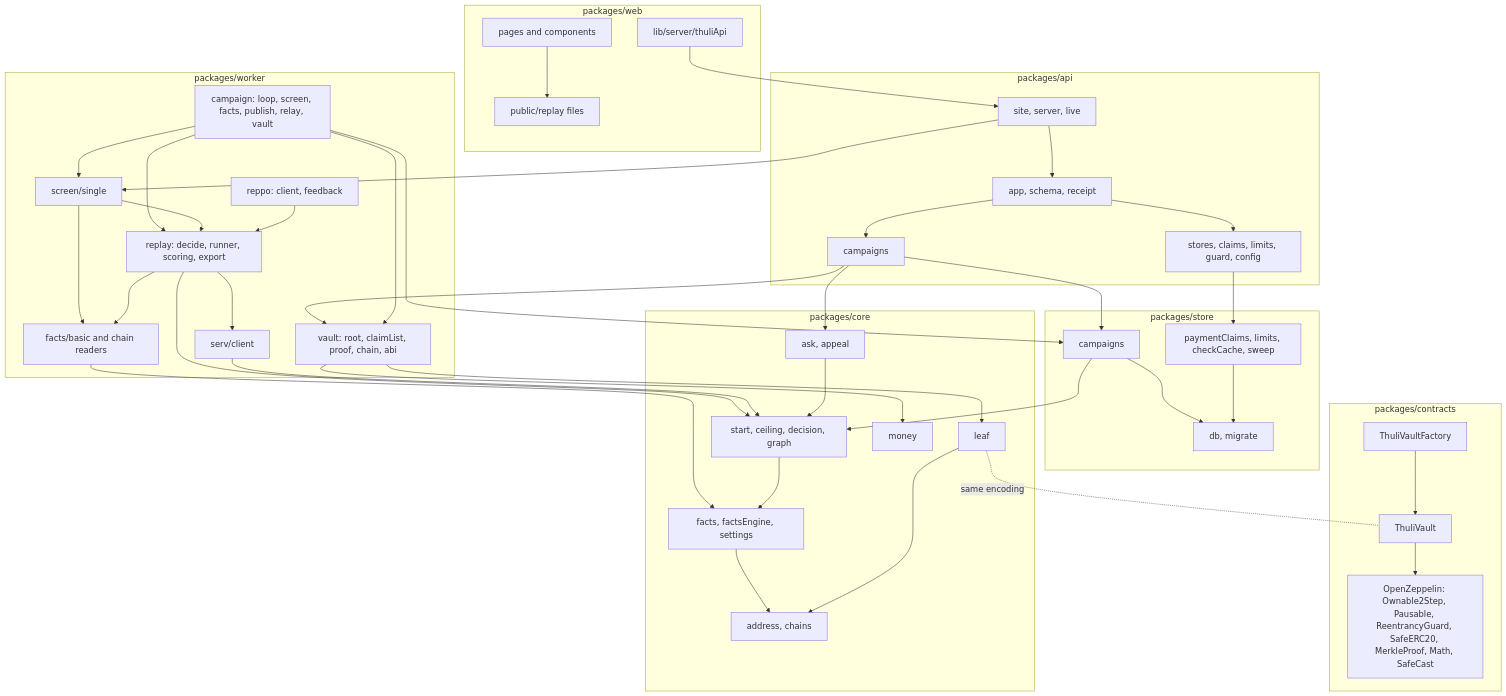
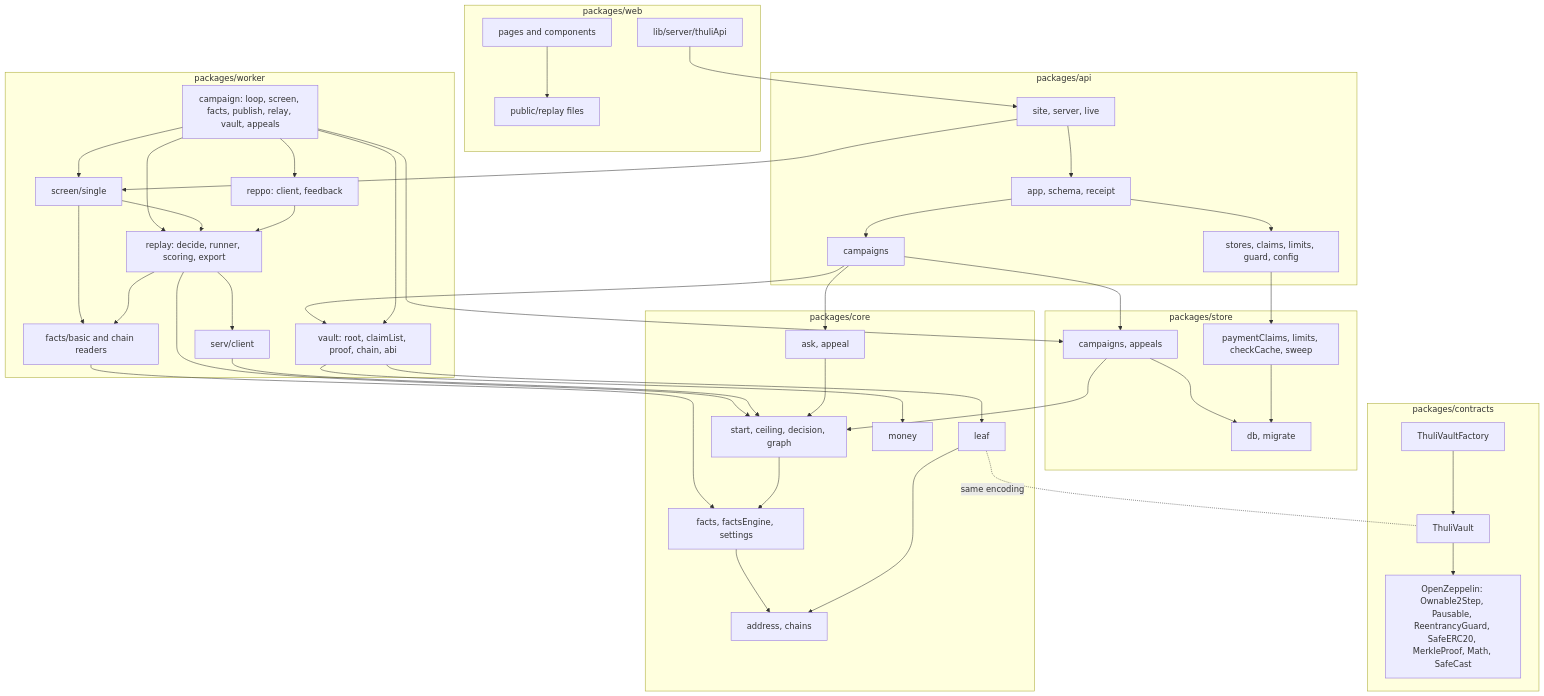
Before and after one commit to ramakrishnanhulk20/thuli: the third of 3 diagrams in ARCHITECTURE.md, drawn with Mermaid. The commit also changed other lines of this file and 5 other files, not shown here.

Commit message:
Bring architecture and threat model up to date

````diff
--- a/ARCHITECTURE.md
+++ b/ARCHITECTURE.md
@@ -150,81 +161,82 @@
 ```mermaid
 flowchart TB
   subgraph web["packages/web"]
     PAGES["pages and components"]
     THULIAPI["lib/server/thuliApi"]
     RFILES["public/replay files"]
   end
 
   subgraph api["packages/api"]
     SITE["site, server, live"]
     APP["app, schema, receipt"]
     ACAMP["campaigns"]
     AREST["stores, claims, limits, guard, config"]
   end
 
   subgraph worker["packages/worker"]
-    CAMPW["campaign: loop, screen, facts, publish, relay, vault"]
+    CAMPW["campaign: loop, screen, facts, publish, relay, vault, appeals"]
     SINGLE["screen/single"]
     REPLAY["replay: decide, runner, scoring, export"]
     REPPO["reppo: client, feedback"]
     SERVC["serv/client"]
     READ["facts/basic and chain readers"]
     VAULTW["vault: root, claimList, proof, chain, abi"]
   end
 
   subgraph store["packages/store"]
-    SCAMP["campaigns"]
+    SCAMP["campaigns, appeals"]
     SROWS["paymentClaims, limits, checkCache, sweep"]
     SDB["db, migrate"]
   end
 
   subgraph core["packages/core"]
     SIGN["ask, appeal"]
     DEC["start, ceiling, decision, graph"]
     FACTS["facts, factsEngine, settings"]
     LEAF["leaf"]
     MONEY["money"]
     ADDR["address, chains"]
   end
 
   subgraph contracts["packages/contracts"]
     VF["ThuliVaultFactory"]
     VA["ThuliVault"]
     OZ["OpenZeppelin: Ownable2Step, Pausable, ReentrancyGuard, SafeERC20, MerkleProof, Math, SafeCast"]
   end
 
   PAGES --> RFILES
   THULIAPI --> SITE
   SITE --> APP
   SITE --> SINGLE
   APP --> ACAMP
   APP --> AREST
   AREST --> SROWS
   ACAMP --> SCAMP
   ACAMP --> SIGN
   ACAMP --> VAULTW
   CAMPW --> SINGLE
   CAMPW --> REPLAY
   CAMPW --> VAULTW
+  CAMPW --> REPPO
   CAMPW --> SCAMP
   SINGLE --> READ
   SINGLE --> REPLAY
   REPLAY --> SERVC
   REPLAY --> READ
   REPLAY --> DEC
   REPPO --> REPLAY
   READ --> FACTS
   SERVC --> DEC
   VAULTW --> LEAF
   VAULTW --> MONEY
   SCAMP --> SDB
   SROWS --> SDB
   SCAMP --> DEC
   SIGN --> DEC
   DEC --> FACTS
   FACTS --> ADDR
   LEAF --> ADDR
   VF --> VA
   VA --> OZ
   LEAF -.-|"same encoding"| VA
 ```
````
